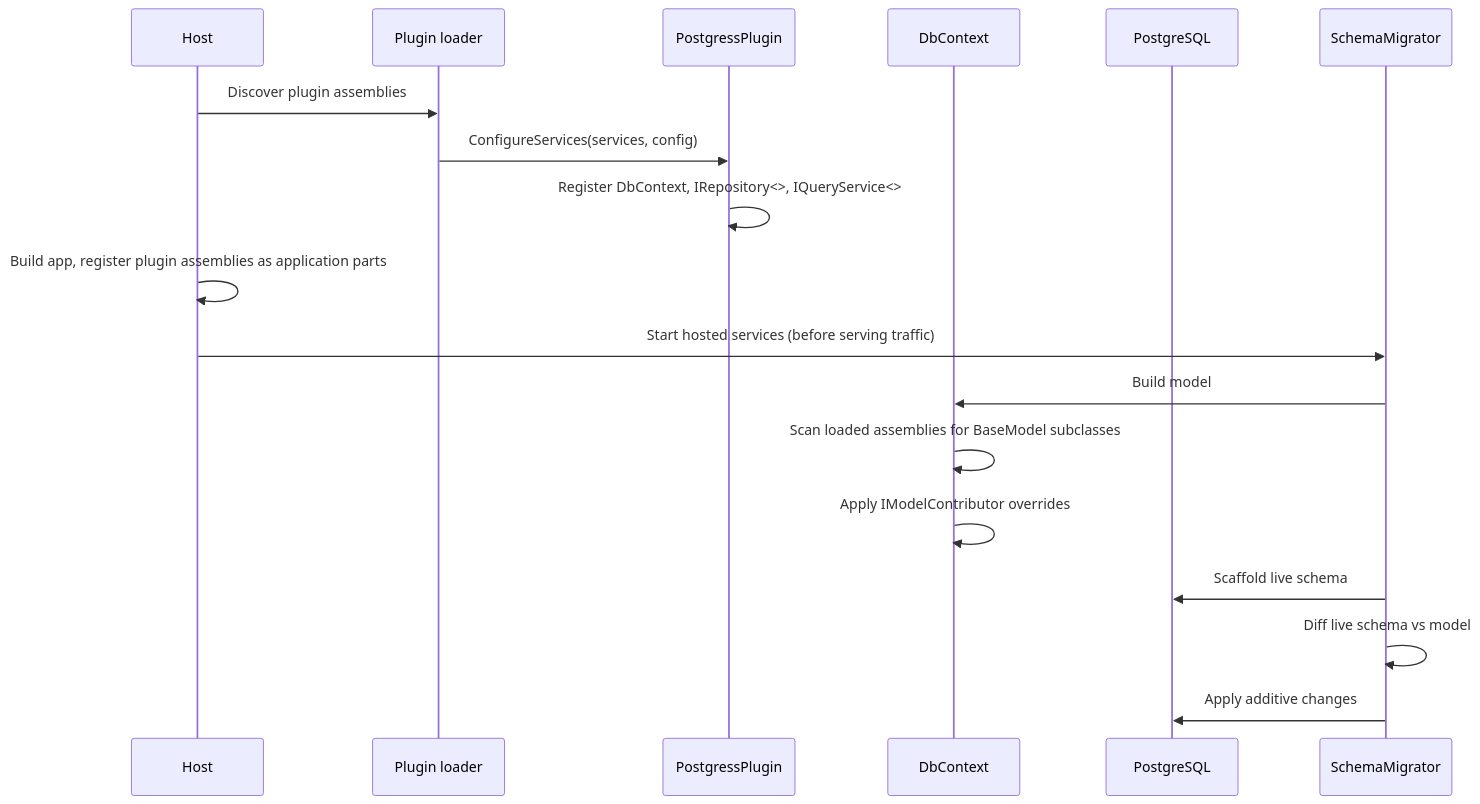
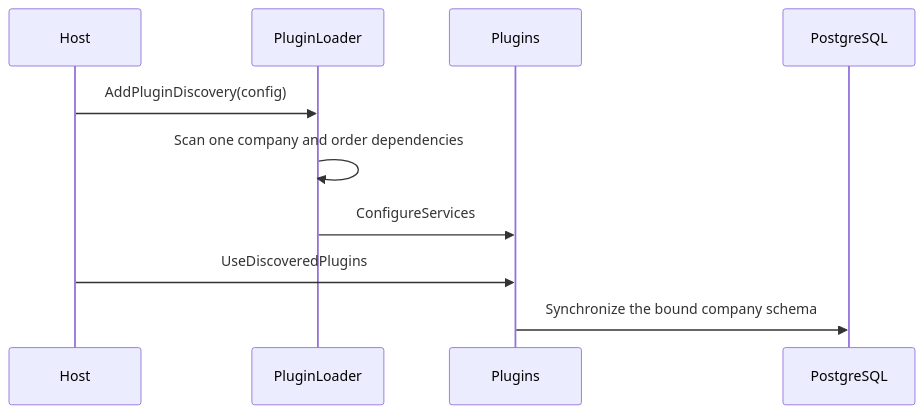
One commit to BradleyHewitt55/CompanyHQ changed the diagram in Docs/Architecture/Overview.md. Above: the diagram before and after it, drawn with Mermaid. The commit also changed other lines of this file and 67 other files, not shown here.

First line of the commit message:
Refactor plugin discovery and company context handling

````diff
--- a/Docs/Architecture/Overview.md
+++ b/Docs/Architecture/Overview.md
@@ -42,21 +35,12 @@
 ```mermaid
 sequenceDiagram
     participant Host
-    participant Loader as Plugin loader
-    participant Plugin as PostgressPlugin
-    participant Ctx as DbContext
+    participant Loader as PluginLoader
+    participant Plugins
     participant Db as PostgreSQL
-
-    Host->>Loader: Discover plugin assemblies
-    Loader->>Plugin: ConfigureServices(services, config)
-    Plugin->>Plugin: Register DbContext, IRepository<>, IQueryService<>
-    Host->>Host: Build app, register plugin assemblies as application parts
-    participant Mig as SchemaMigrator
-    Host->>Mig: Start hosted services (before serving traffic)
-    Mig->>Ctx: Build model
-    Ctx->>Ctx: Scan loaded assemblies for BaseModel subclasses
-    Ctx->>Ctx: Apply IModelContributor overrides
-    Mig->>Db: Scaffold live schema
-    Mig->>Mig: Diff live schema vs model
-    Mig->>Db: Apply additive changes
+    Host->>Loader: AddPluginDiscovery(config)
+    Loader->>Loader: Scan one company and order dependencies
+    Loader->>Plugins: ConfigureServices
+    Host->>Plugins: UseDiscoveredPlugins
+    Plugins->>Db: Synchronize the bound company schema
 ```
````
